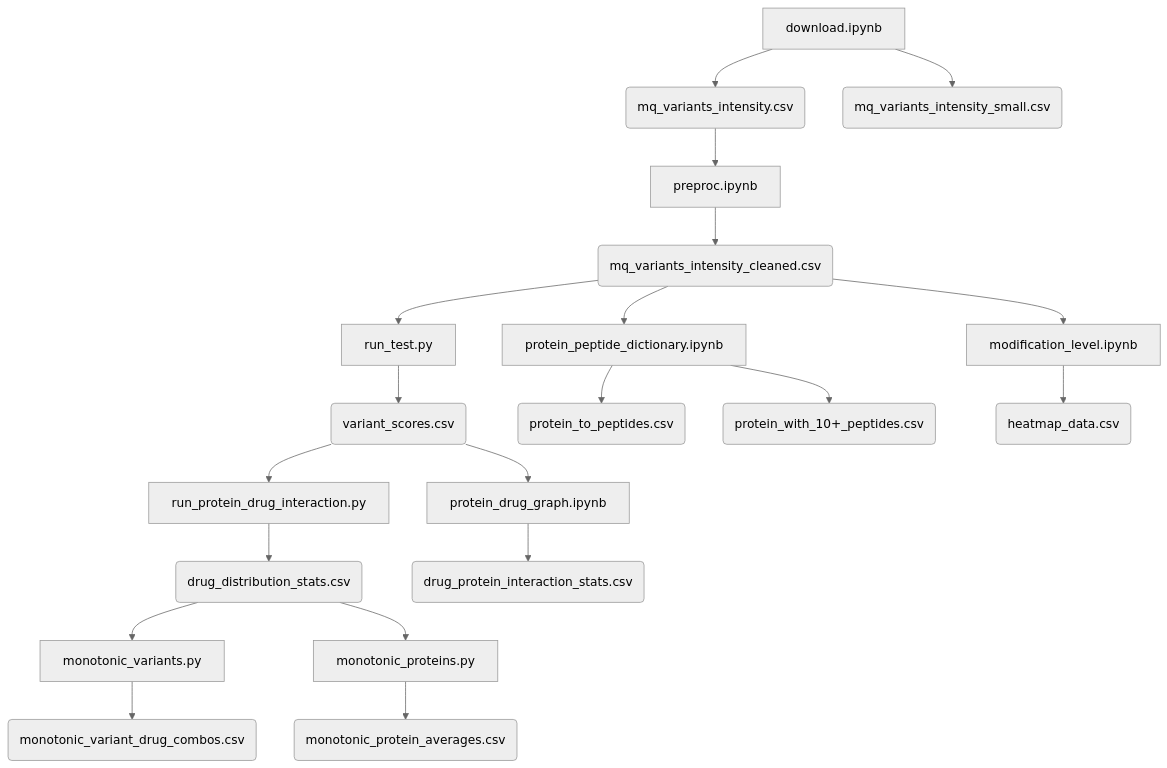
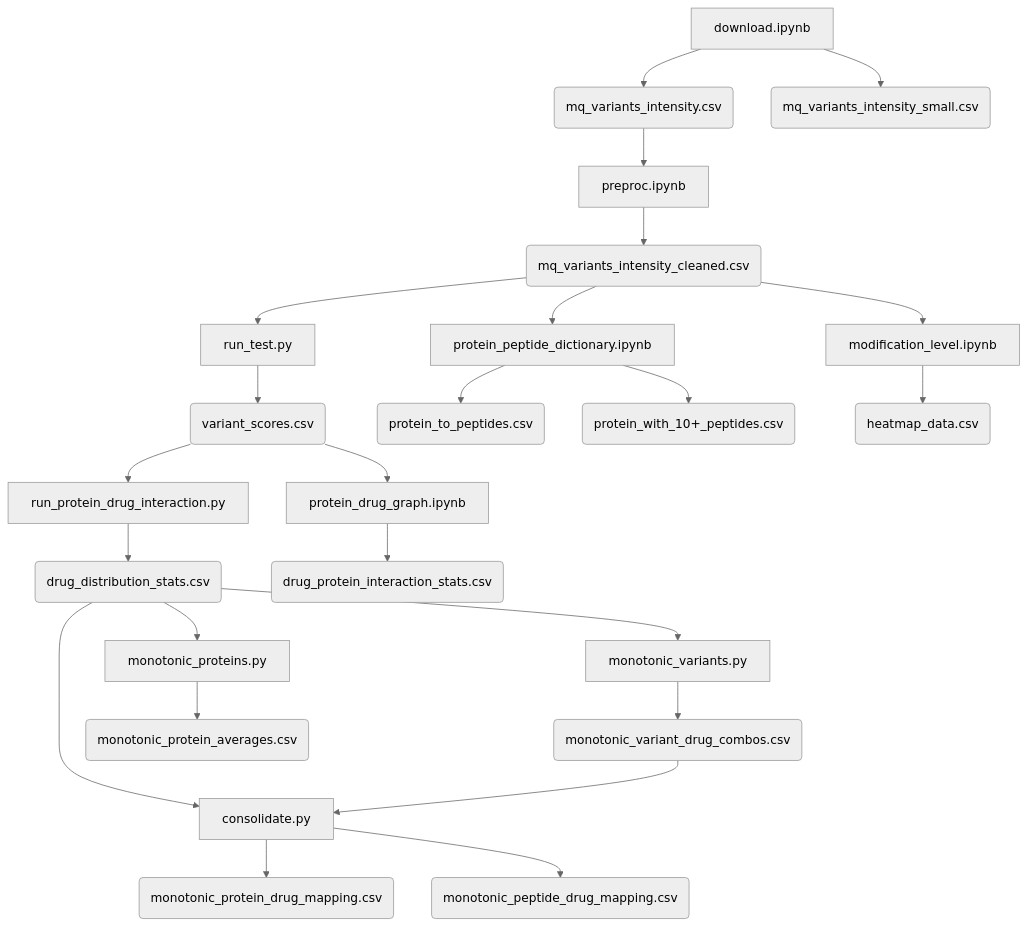
The diagram in README.md (aaron-ang/CSE291-Sp25), drawn with Mermaid (neutral theme) before and after one commit. The commit also changed other lines of this file and 3 other files, not shown here.

Commit message:
Add data consolidation script for protein and peptide drug analysis

````diff
--- a/README.md
+++ b/README.md
@@ -93,22 +98,26 @@
 ```mermaid
 graph TD
   DL[download.ipynb] --> I(mq_variants_intensity.csv)
   DL --> SMALL(mq_variants_intensity_small.csv)
   I --> PP[preproc.ipynb]
   PP --> CLEAN(mq_variants_intensity_cleaned.csv)
   CLEAN --> TEST[run_test.py]
   TEST --> VS(variant_scores.csv)
   VS --> PDIA[run_protein_drug_interaction.py]
   VS --> PDG[protein_drug_graph.ipynb]
   PDIA --> DDS(drug_distribution_stats.csv)
   DDS --> MV[monotonic_variants.py]
   DDS --> MP[monotonic_proteins.py]
   CLEAN --> PPD[protein_peptide_dictionary.ipynb]
   PPD --> P2P(protein_to_peptides.csv)
   PPD --> P10(protein_with_10+_peptides.csv)
   CLEAN --> MOD[modification_level.ipynb]
   MOD --> HM(heatmap_data.csv)
   PDG --> DPI(drug_protein_interaction_stats.csv)
   MV --> MVOUT(monotonic_variant_drug_combos.csv)
   MP --> MPOUT(monotonic_protein_averages.csv)
+  DDS --> CONS[consolidate.py]
+  MVOUT --> CONS
+  CONS --> PROTMAP(monotonic_protein_drug_mapping.csv)
+  CONS --> PEPTMAP(monotonic_peptide_drug_mapping.csv)
 ```
````
